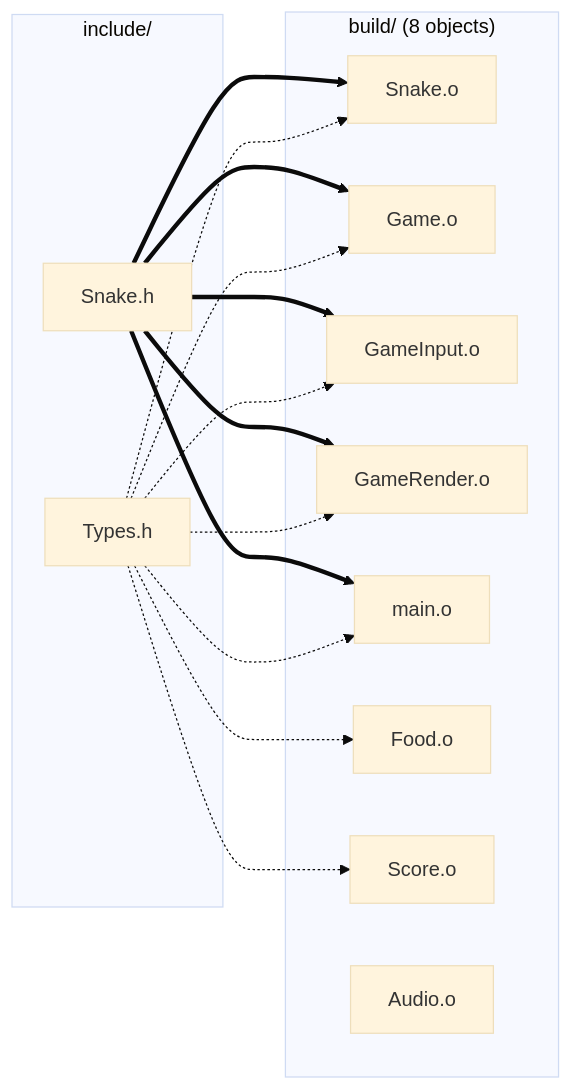
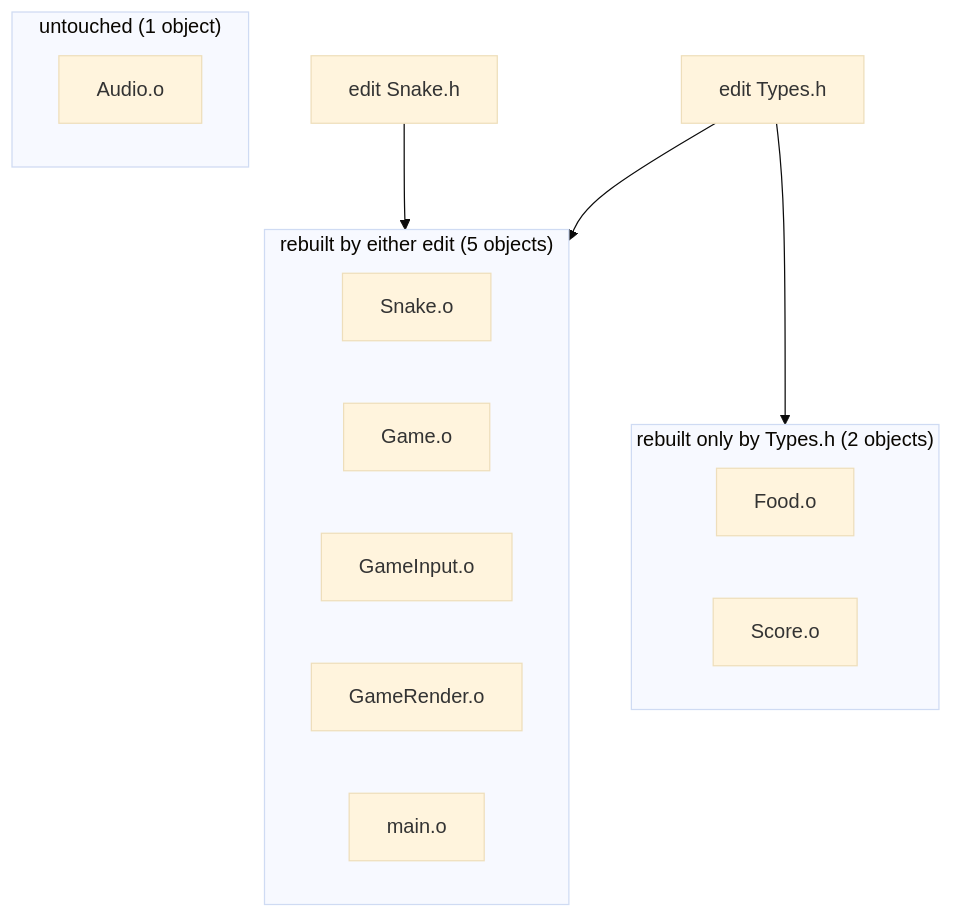
The second of 3 diagrams in docs/BUILD.md (enigmasheet/SnakeGame), drawn with Mermaid (base theme) before and after one commit. The commit also changed other lines of this file, not shown here.

Commit message:
fix: update mermaid diagram for build dependencies to improve clarity

````diff
--- a/docs/BUILD.md
+++ b/docs/BUILD.md
@@ -69,29 +69,22 @@
 ```mermaid
-flowchart LR
-    subgraph inc["include/"]
-        SH["Snake.h"]
-        TH["Types.h"]
-    end
-    subgraph objs["build/ (8 objects)"]
+flowchart TD
+    SH["edit Snake.h"]
+    TH["edit Types.h"]
+    subgraph both["rebuilt by either edit (5 objects)"]
         O1["Snake.o"]
         O2["Game.o"]
         O3["GameInput.o"]
         O4["GameRender.o"]
         O5["main.o"]
+    end
+    subgraph tonly["rebuilt only by Types.h (2 objects)"]
         O6["Food.o"]
         O7["Score.o"]
+    end
+    subgraph none["untouched (1 object)"]
         O8["Audio.o"]
     end
-    SH ==> O1
-    SH ==> O2
-    SH ==> O3
-    SH ==> O4
-    SH ==> O5
-    TH -.-> O1
-    TH -.-> O2
-    TH -.-> O3
-    TH -.-> O4
-    TH -.-> O5
-    TH -.-> O6
-    TH -.-> O7
+    SH --> both
+    TH --> both
+    TH --> tonly
 ```
````
